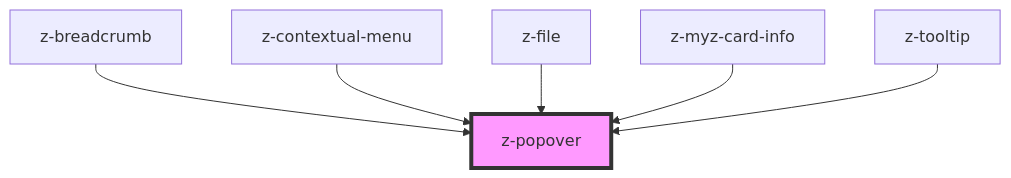
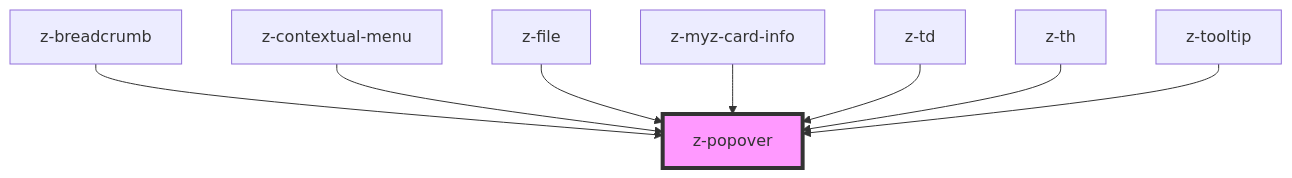
Before and after one commit to ZanichelliEditore/design-system: the diagram in src/components/z-popover/readme.md, drawn with Mermaid. The commit also changed other lines of this file and 23 other files, not shown here.

````diff
--- a/src/components/z-popover/readme.md
+++ b/src/components/z-popover/readme.md
@@ -60,9 +62,11 @@
 ```mermaid
 graph TD;
   z-breadcrumb --> z-popover
   z-contextual-menu --> z-popover
   z-file --> z-popover
   z-myz-card-info --> z-popover
+  z-td --> z-popover
+  z-th --> z-popover
   z-tooltip --> z-popover
   style z-popover fill:#f9f,stroke:#333,stroke-width:4px
 ```
````
